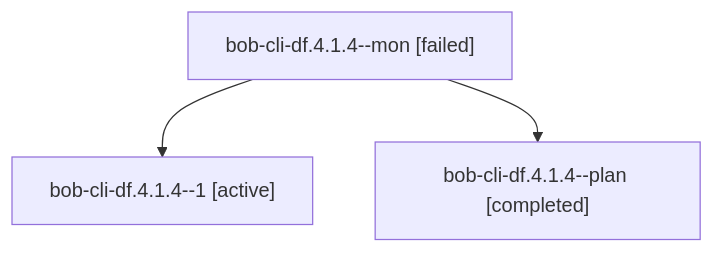
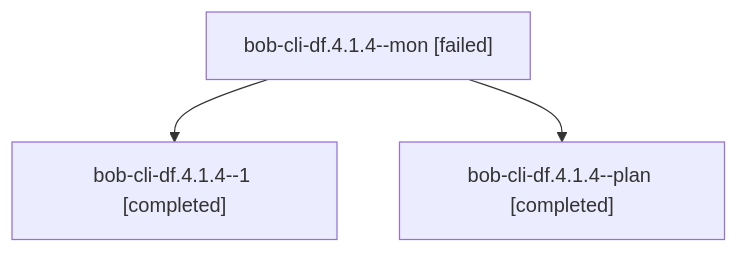
Before and after one commit to bobs-org/bob-cli--agents: the diagram in sessions/bbugyi200.athena.bob-cli-df.4.1.4.md, drawn with Mermaid. The commit also changed other lines of this file and 57 other files, not shown here.

````diff
--- a/sessions/bbugyi200.athena.bob-cli-df.4.1.4.md
+++ b/sessions/bbugyi200.athena.bob-cli-df.4.1.4.md
@@ -9,8 +9,8 @@
 ```mermaid
 flowchart TD
   n0["bob-cli-df.4.1.4--mon [failed]"]
-  n1["bob-cli-df.4.1.4--1 [active]"]
+  n1["bob-cli-df.4.1.4--1 [completed]"]
   n0 --> n1
   n2["bob-cli-df.4.1.4--plan [completed]"]
   n0 --> n2
 ```
````
